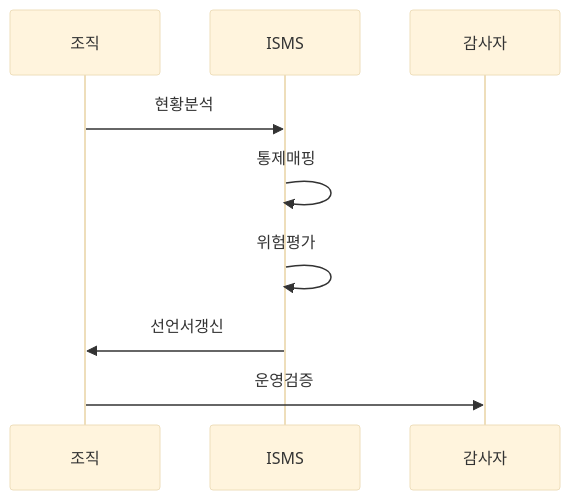
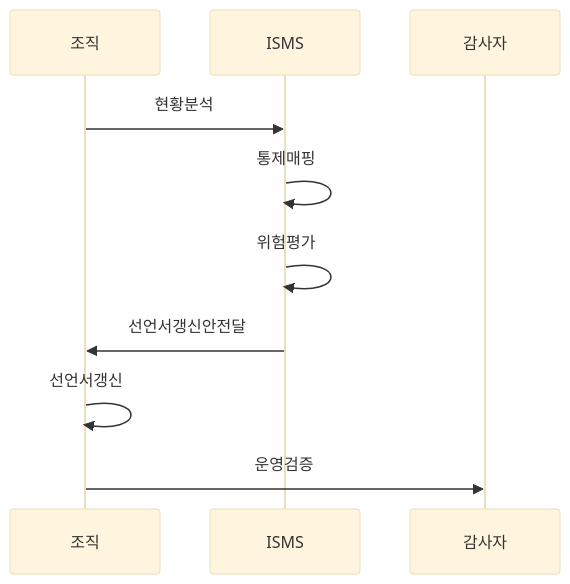
Before and after one commit to agnusdei1207/knowledge-base: the second of 2 diagrams in src/content/docs/notes/05-security/106_iso_27001_2022_revision.md, drawn with Mermaid (base theme). The commit also changed other lines of this file and 27 other files, not shown here.

````diff
--- a/src/content/docs/notes/05-security/106_iso_27001_2022_revision.md
+++ b/src/content/docs/notes/05-security/106_iso_27001_2022_revision.md
@@ -71,11 +71,12 @@
 ```mermaid
 sequenceDiagram
   participant O as 조직
   participant I as ISMS
   participant A as 감사자
   O->>I: 현황분석
   I->>I: 통제매핑
   I->>I: 위험평가
-  I->>O: 선언서갱신
+  I->>O: 선언서갱신안전달
+  O->>O: 선언서갱신
   O->>A: 운영검증
 ```
````
